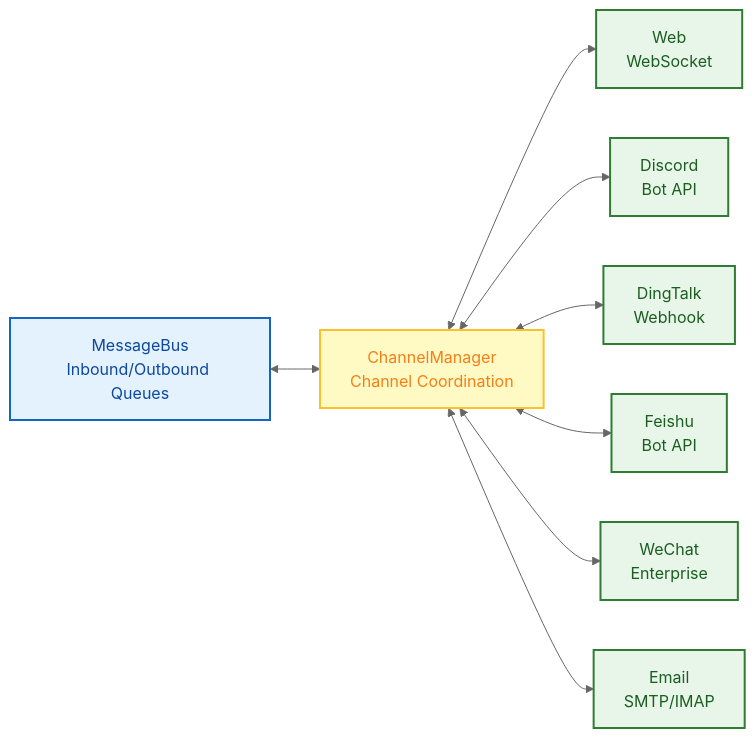
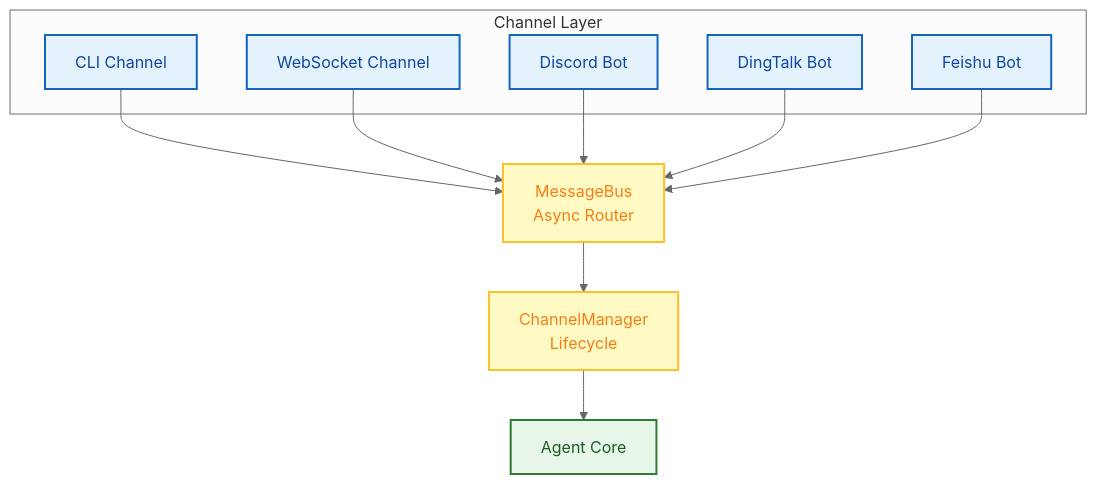
One commit to xt765/FinchBot changed the seventh of 7 diagrams in README.md. Above: the diagram before and after it, drawn with Mermaid (neutral theme). The commit also changed other lines of this file and 17 other files, not shown here.

````diff
--- a/README.md
+++ b/README.md
@@ -542,19 +503,23 @@
 ```mermaid
-flowchart LR
-    classDef bus fill:#e3f2fd,stroke:#1565c0,stroke-width:2px,color:#0d47a1;
-    classDef manager fill:#fff9c4,stroke:#fbc02d,stroke-width:2px,color:#f57f17;
-    classDef channel fill:#e8f5e9,stroke:#2e7d32,stroke-width:2px,color:#1b5e20;
+graph TB
+    classDef channel fill:#e3f2fd,stroke:#1565c0,stroke-width:2px,color:#0d47a1;
+    classDef bus fill:#fff9c4,stroke:#fbc02d,stroke-width:2px,color:#f57f17;
+    classDef agent fill:#e8f5e9,stroke:#2e7d32,stroke-width:2px,color:#1b5e20;
 
-    Bus[MessageBus<br/>Inbound/Outbound Queues]:::bus
-    CM[ChannelManager<br/>Channel Coordination]:::manager
+    subgraph Channels [Channel Layer]
+        CLI[CLI Channel]:::channel
+        Web[WebSocket Channel]:::channel
+        Discord[Discord Bot]:::channel
+        Ding[DingTalk Bot]:::channel
+        Feishu[Feishu Bot]:::channel
+    end
 
-    Web[Web<br/>WebSocket]:::channel
-    Discord[Discord<br/>Bot API]:::channel
-    DingTalk[DingTalk<br/>Webhook]:::channel
-    Feishu[Feishu<br/>Bot API]:::channel
-    WeChat[WeChat<br/>Enterprise]:::channel
-    Email[Email<br/>SMTP/IMAP]:::channel
+    Bus[MessageBus<br/>Async Router]:::bus
+    Manager[ChannelManager<br/>Lifecycle]:::bus
 
-    Bus <--> CM
-    CM <--> Web & Discord & DingTalk & Feishu & WeChat & Email
+    Agent[Agent Core]:::agent
+
+    CLI & Web & Discord & Ding & Feishu --> Bus
+    Bus --> Manager
+    Manager --> Agent
 ```
````
